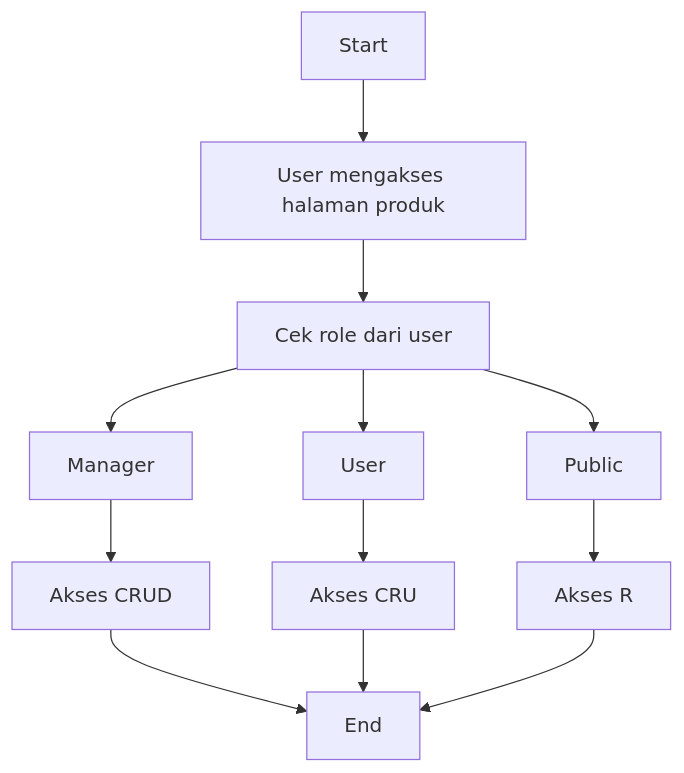
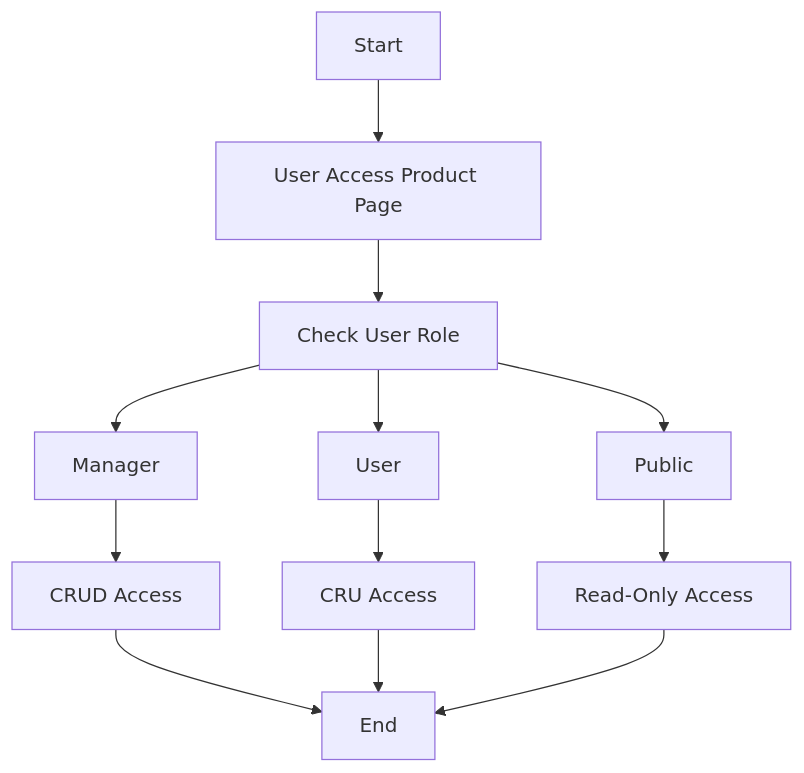
The third of 4 diagrams in README.md (ridwaanhall/django-app-modular), drawn with Mermaid before and after one commit. The commit also changed other lines of this file, not shown here.

````diff
--- a/README.md
+++ b/README.md
@@ -83,14 +286,14 @@
-   ```mermaid
-   graph TD;
-      Start-->A[User mengakses halaman produk];
-      A-->B[Cek role dari user];
-      B-->C[Manager];
-      B-->D[User];
-      B-->E[Public];
-      C-->F[Akses CRUD];
-      D-->G[Akses CRU];
-      E-->H[Akses R];
-      F-->End;
-      G-->End;
-      H-->End;
-   ```
+```mermaid
+graph TD;
+    Start-->A[User Access Product Page];
+    A-->B[Check User Role];
+    B-->C[Manager];
+    B-->D[User];
+    B-->E[Public];
+    C-->F[CRUD Access];
+    D-->G[CRU Access];
+    E-->H[Read-Only Access];
+    F-->End;
+    G-->End;
+    H-->End;
+```
````
